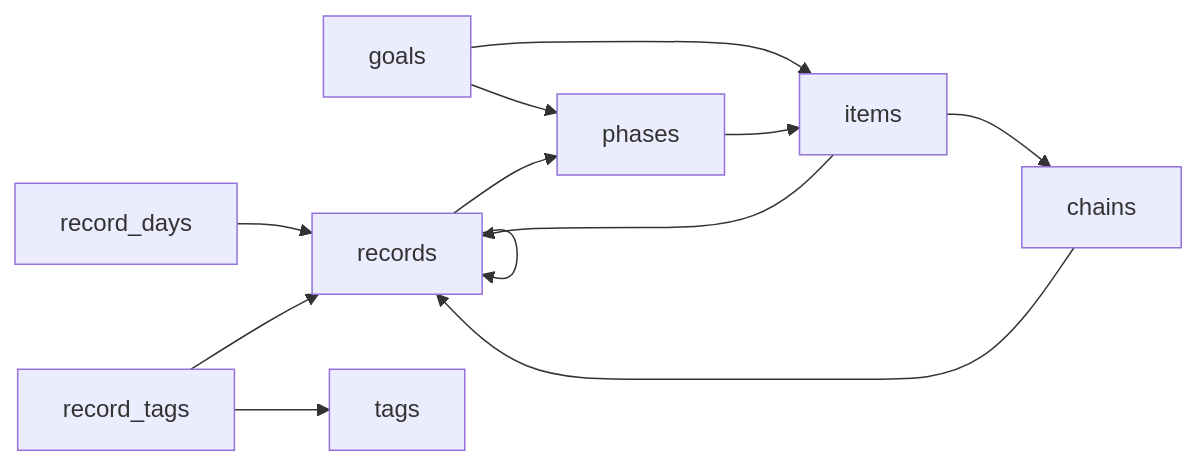
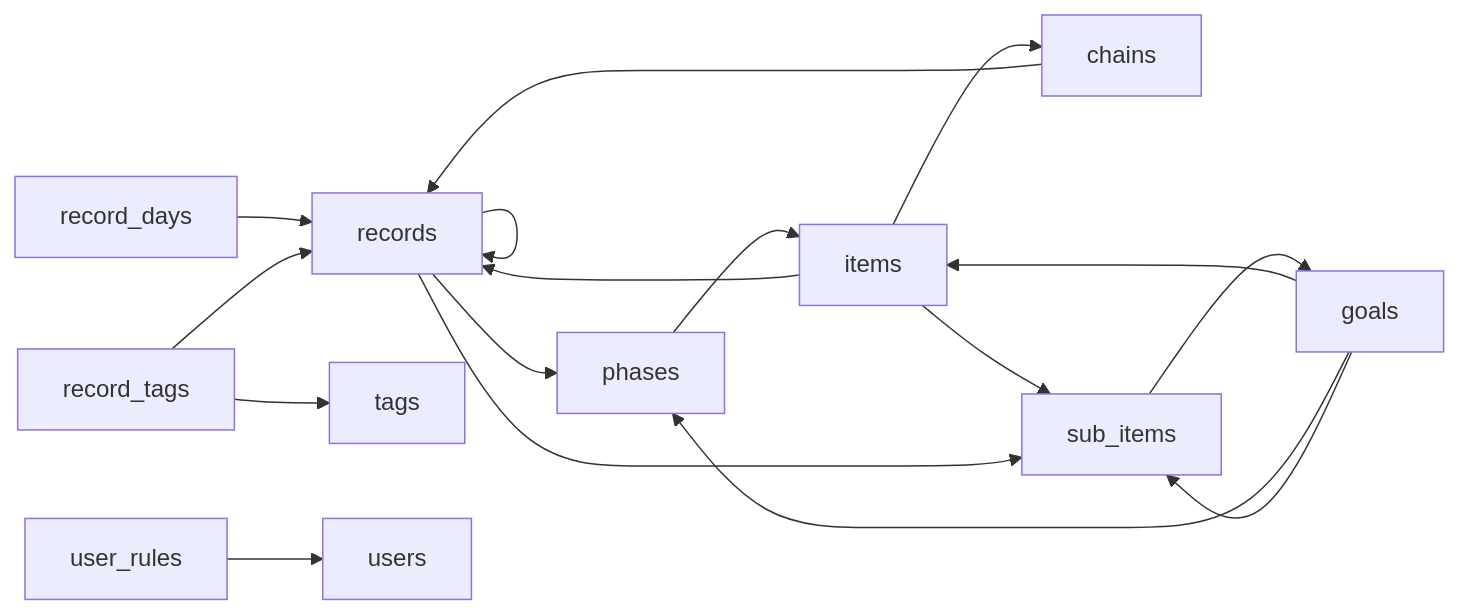
One commit to bbong1234/TETO changed the tenth of 10 diagrams in .qoder/repowiki/zh/content/数据库设计/数据库设计.md. Above: the diagram before and after it, drawn with Mermaid. The commit also changed other lines of this file and 10 other files, not shown here.

````diff
--- a/.qoder/repowiki/zh/content/数据库设计/数据库设计.md
+++ b/.qoder/repowiki/zh/content/数据库设计/数据库设计.md
@@ -562,14 +809,19 @@
 ```mermaid
 graph LR
 RD["record_days"] --> RC["records"]
 IT["items"] --> CH["chains"]
 IT --> RC
+IT --> SI["sub_items"]
+SI --> GO["goals"]
 CH --> RC
-GO["goals"] --> IT
+GO --> IT
 GO --> PH["phases"]
+GO --> SI
 PH --> IT
 RC --> PH
 RC --> RC
+RC --> SI
 RT["record_tags"] --> RC
 RT --> TG["tags"]
+UR["user_rules"] --> U["users"]
 ```
````
